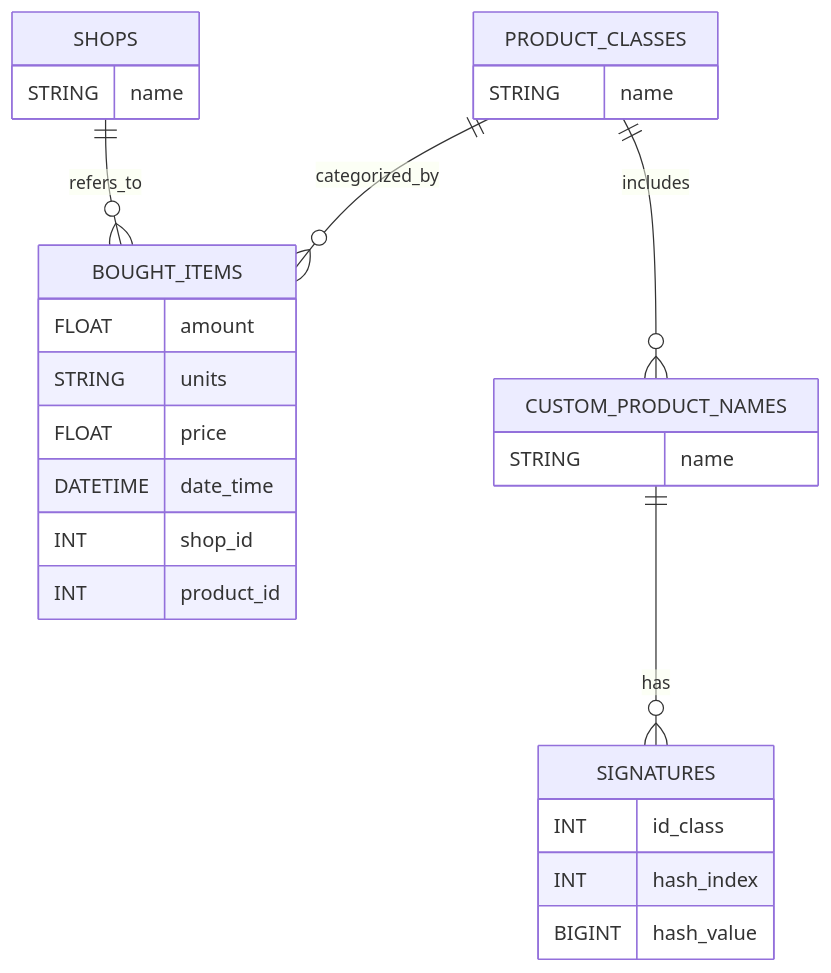
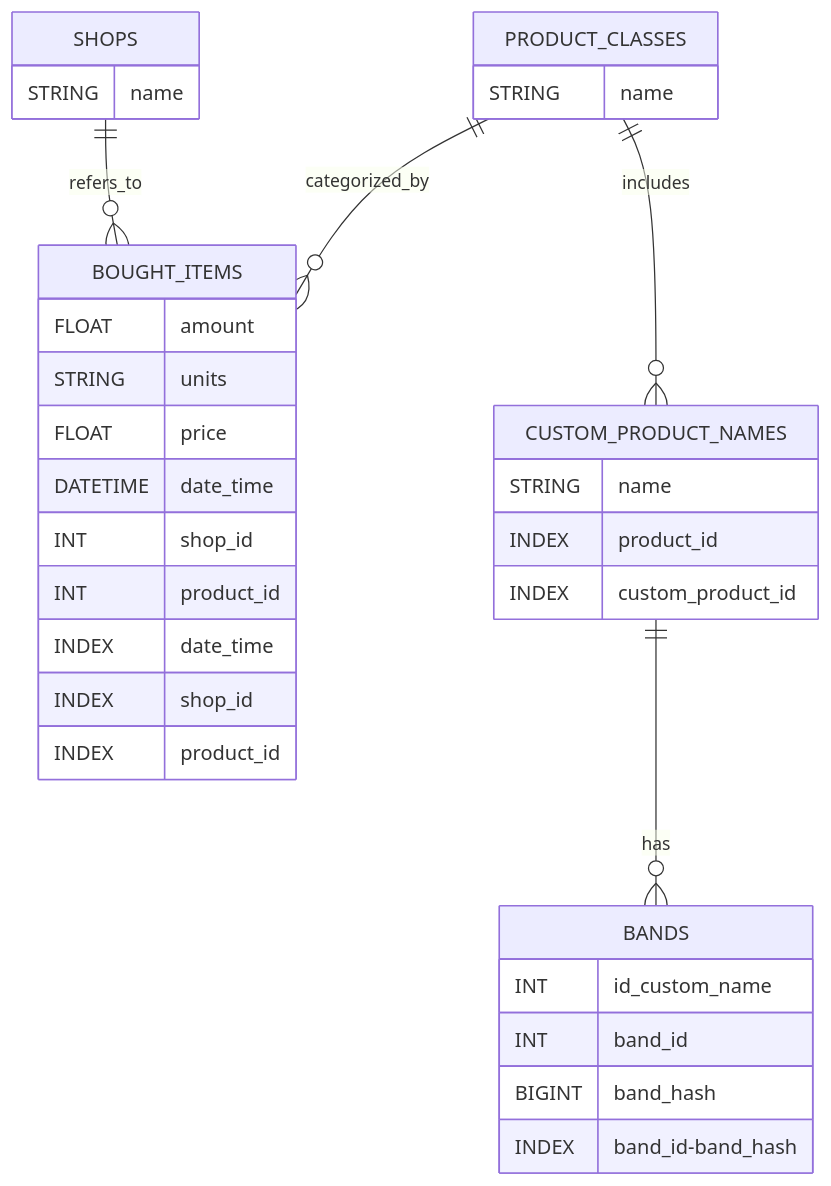
Before and after one commit to FrantisekI/zapoctovyProgramUctenky: the diagram in readme.md, drawn with Mermaid. The commit also changed other lines of this file and 9 other files, not shown here.

````diff
--- a/readme.md
+++ b/readme.md
@@ -35,33 +34,37 @@
 ```mermaid
 erDiagram
     SHOPS {
         STRING name
     }
     PRODUCT_CLASSES {
         STRING name
     }
     CUSTOM_PRODUCT_NAMES {
         STRING name
+        INDEX product_id
+        INDEX custom_product_id
     }
-    SIGNATURES {
-        INT id_class
-        INT hash_index
-        BIGINT hash_value
+    BANDS {
+        INT id_custom_name
+        INT band_id
+        BIGINT band_hash
+        INDEX band_id-band_hash
     }
     BOUGHT_ITEMS {
         FLOAT amount
         STRING units
         FLOAT price
         DATETIME date_time
-
         INT shop_id
         INT product_id
+        INDEX date_time
+        INDEX shop_id
+        INDEX product_id
     }
-
 
     SHOPS ||--o{ BOUGHT_ITEMS : refers_to
     PRODUCT_CLASSES ||--o{ BOUGHT_ITEMS : categorized_by
     PRODUCT_CLASSES ||--o{ CUSTOM_PRODUCT_NAMES : includes
-    CUSTOM_PRODUCT_NAMES ||--o{ SIGNATURES : has
+    CUSTOM_PRODUCT_NAMES ||--o{ BANDS : has
     
 ```
````
